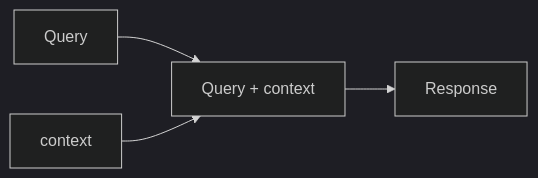
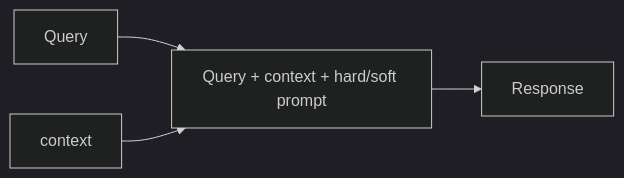
One commit to Kernel-Dirichlet/AcceleRAG changed the third of 3 diagrams in README.md. Above: the diagram before and after it, drawn with Mermaid (dark theme). The commit also changed other lines of this file, not shown here.

Commit message:
docs: updated README with roadmap and features

````diff
--- a/README.md
+++ b/README.md
@@ -398,6 +403,6 @@
 ```mermaid
 graph LR
-    A[Query] --> B[Query + context]
+    A[Query] --> B[Query + context + hard/soft prompt]
     B --> C[Response]
     D[context] --> B
 ```
````
